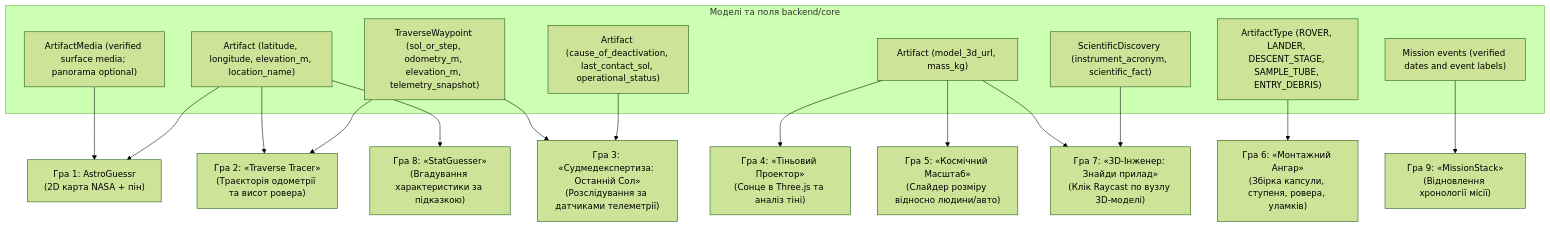
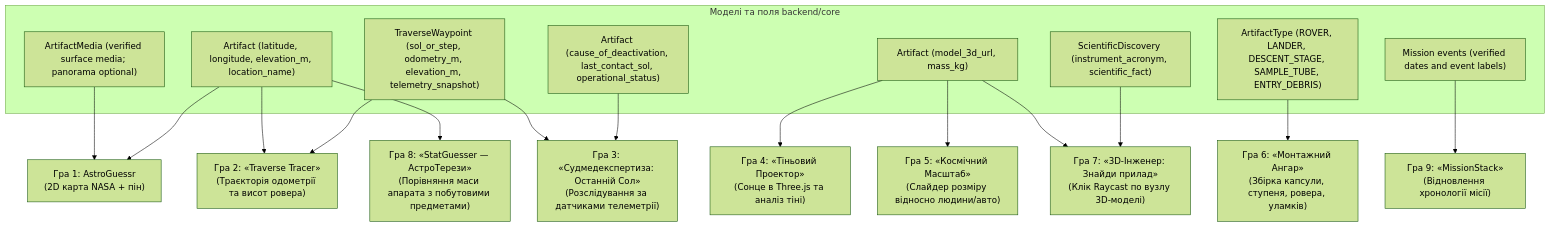
One commit to JekVolk/CosmoLost changed the second of 2 diagrams in business/spec/04_features/FEAT-10_deductive_game_and_containers.md. Above: the diagram before and after it, drawn with Mermaid (forest theme). The commit also changed other lines of this file and 7 other files, not shown here.

````diff
--- a/business/spec/04_features/FEAT-10_deductive_game_and_containers.md
+++ b/business/spec/04_features/FEAT-10_deductive_game_and_containers.md
@@ -169,23 +169,23 @@
 ```mermaid
 flowchart TD
     subgraph CoreDB ["Моделі та поля backend/core"]
         M1["ArtifactMedia (verified surface media; panorama optional)"]
         M2["Artifact (latitude, longitude, elevation_m, location_name)"]
         M3["TraverseWaypoint (sol_or_step, odometry_m, elevation_m, telemetry_snapshot)"]
         M4["Artifact (cause_of_deactivation, last_contact_sol, operational_status)"]
         M5["Artifact (model_3d_url, mass_kg)"]
         M6["ArtifactType (ROVER, LANDER, DESCENT_STAGE, SAMPLE_TUBE, ENTRY_DEBRIS)"]
         M7["ScientificDiscovery (instrument_acronym, scientific_fact)"]
         M8["Mission events (verified dates and event labels)"]
     end
 
     M1 & M2 --> G1["Гра 1: AstroGuessr<br/>(2D карта NASA + пін)"]
     M2 & M3 --> G2["Гра 2: «Traverse Tracer»<br/>(Траєкторія одометрії та висот ровера)"]
     M3 & M4 --> G3["Гра 3: «Судмедекспертиза: Останній Сол»<br/>(Розслідування за датчиками телеметрії)"]
     M5 --> G4["Гра 4: «Тіньовий Проектор»<br/>(Сонце в Three.js та аналіз тіні)"]
     M5 --> G5["Гра 5: «Космічний Масштаб»<br/>(Слайдер розміру відносно людини/авто)"]
     M6 --> G6["Гра 6: «Монтажний Ангар»<br/>(Збірка капсули, ступеня, ровера, уламків)"]
     M5 & M7 --> G7["Гра 7: «3D-Інженер: Знайди прилад»<br/>(Клік Raycast по вузлу 3D-моделі)"]
-    M2 --> G8["Гра 8: «StatGuesser»<br/>(Вгадування характеристики за підказкою)"]
+    M2 --> G8["Гра 8: «StatGuesser — АстроТерези»<br/>(Порівняння маси апарата з побутовими предметами)"]
     M8 --> G9["Гра 9: «MissionStack»<br/>(Відновлення хронології місії)"]
 ```
````
